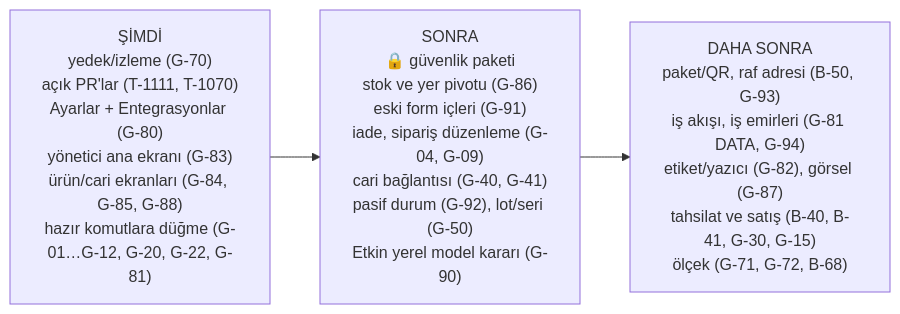
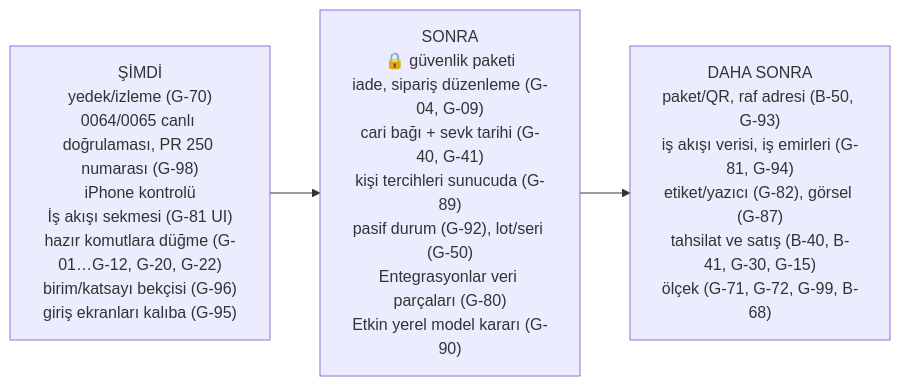
One commit to shosgoren/EtkinWMS changed the diagram in docs/fonksiyonel-mimari/04-gap-analizi.md. Above: the diagram before and after it, drawn with Mermaid. The commit also changed other lines of this file and 15 other files, not shown here.

````diff
--- a/docs/fonksiyonel-mimari/04-gap-analizi.md
+++ b/docs/fonksiyonel-mimari/04-gap-analizi.md
@@ -161,5 +179,5 @@
 ```mermaid
 flowchart LR
-  A["ŞİMDİ<br/>yedek/izleme (G-70)<br/>açık PR'lar (T-1111, T-1070)<br/>Ayarlar + Entegrasyonlar (G-80)<br/>yönetici ana ekranı (G-83)<br/>ürün/cari ekranları (G-84, G-85, G-88)<br/>hazır komutlara düğme (G-01…G-12, G-20, G-22, G-81)"] --> B["SONRA<br/>🔒 güvenlik paketi<br/>stok ve yer pivotu (G-86)<br/>eski form içleri (G-91)<br/>iade, sipariş düzenleme (G-04, G-09)<br/>cari bağlantısı (G-40, G-41)<br/>pasif durum (G-92), lot/seri (G-50)<br/>Etkin yerel model kararı (G-90)"]
-  B --> C["DAHA SONRA<br/>paket/QR, raf adresi (B-50, G-93)<br/>iş akışı, iş emirleri (G-81 DATA, G-94)<br/>etiket/yazıcı (G-82), görsel (G-87)<br/>tahsilat ve satış (B-40, B-41, G-30, G-15)<br/>ölçek (G-71, G-72, B-68)"]
+  A["ŞİMDİ<br/>yedek/izleme (G-70)<br/>0064/0065 canlı doğrulaması, PR 250 numarası (G-98)<br/>iPhone kontrolü<br/>İş akışı sekmesi (G-81 UI)<br/>hazır komutlara düğme (G-01…G-12, G-20, G-22)<br/>birim/katsayı bekçisi (G-96)<br/>giriş ekranları kalıba (G-95)"] --> B["SONRA<br/>🔒 güvenlik paketi<br/>iade, sipariş düzenleme (G-04, G-09)<br/>cari bağı + sevk tarihi (G-40, G-41)<br/>kişi tercihleri sunucuda (G-89)<br/>pasif durum (G-92), lot/seri (G-50)<br/>Entegrasyonlar veri parçaları (G-80)<br/>Etkin yerel model kararı (G-90)"]
+  B --> C["DAHA SONRA<br/>paket/QR, raf adresi (B-50, G-93)<br/>iş akışı verisi, iş emirleri (G-81, G-94)<br/>etiket/yazıcı (G-82), görsel (G-87)<br/>tahsilat ve satış (B-40, B-41, G-30, G-15)<br/>ölçek (G-71, G-72, G-99, B-68)"]
 ```
````
